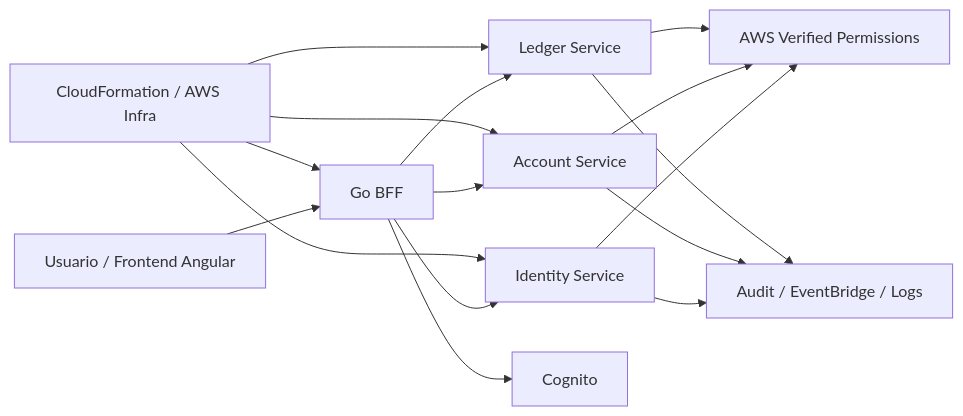
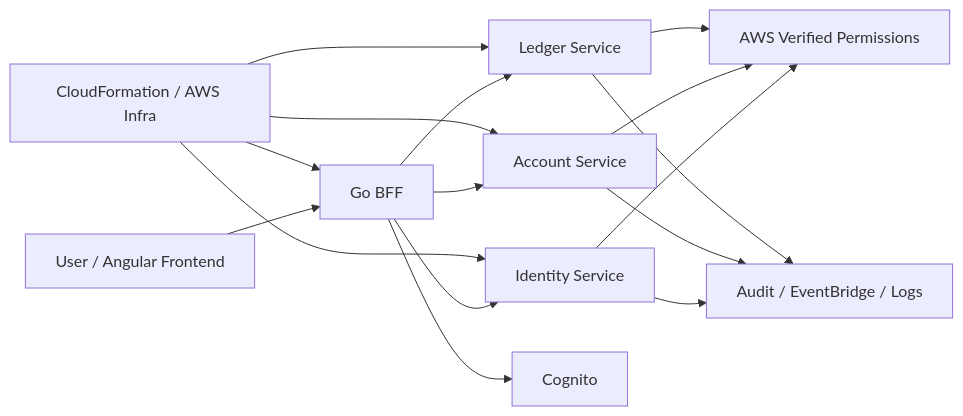
One commit to tagoKoder/microservice-workspace changed the diagram in README.md. Above: the diagram before and after it, drawn with Mermaid. The commit also changed other lines of this file, not shown here.

````diff
--- a/README.md
+++ b/README.md
@@ -47,21 +47,21 @@
 ```mermaid
 flowchart LR
-    U[Usuario / Frontend Angular] --> BFF[Go BFF]
+    U[User / Angular Frontend] --> BFF[Go BFF]
     BFF --> ID[Identity Service]
     BFF --> ACC[Account Service]
     BFF --> LED[Ledger Service]
 
     BFF --> COG[Cognito]
     ID --> AVP[AWS Verified Permissions]
     ACC --> AVP
     LED --> AVP
 
     ID --> AUD[Audit / EventBridge / Logs]
     ACC --> AUD
     LED --> AUD
 
     INFRA[CloudFormation / AWS Infra] --> BFF
     INFRA --> ID
     INFRA --> ACC
     INFRA --> LED
 ```
````
